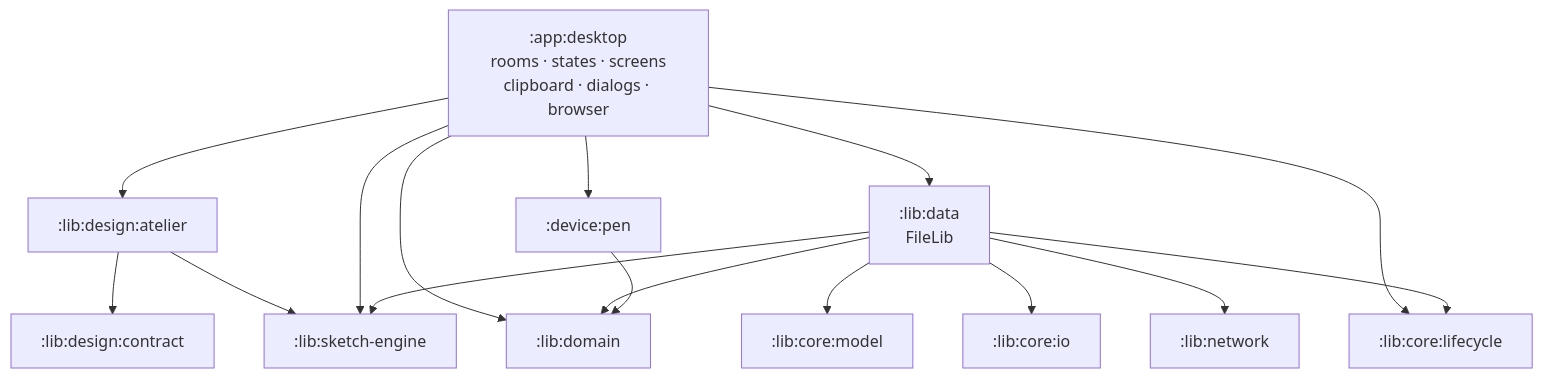
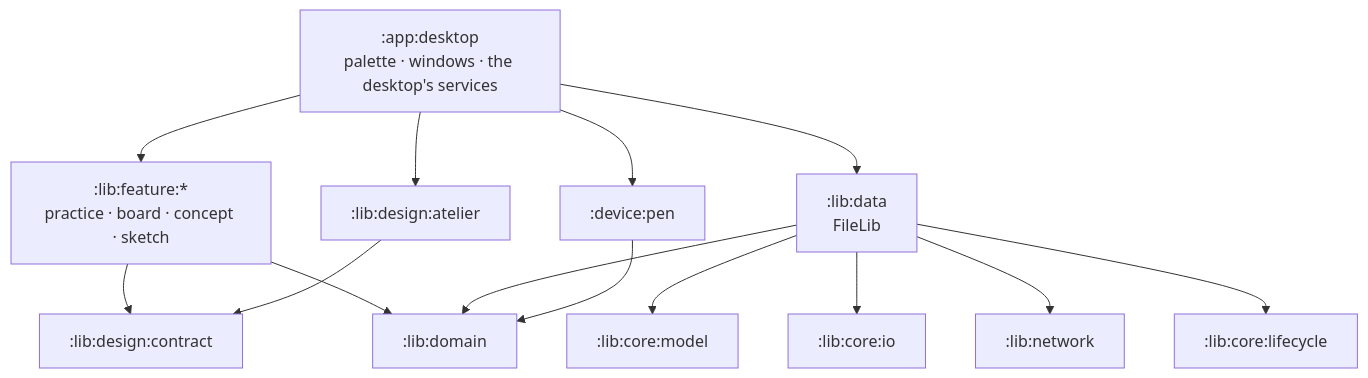
Before and after one commit to cwellm/ActionDraw: the second of 2 diagrams in docs/Architecture.md, drawn with Mermaid. The commit also changed other lines of this file and 95 other files, not shown here.

````diff
--- a/docs/Architecture.md
+++ b/docs/Architecture.md
@@ -145,19 +147,17 @@
 ```mermaid
 flowchart TB
-  desktop[":app:desktop<br/>rooms · states · screens<br/>clipboard · dialogs · browser"]
+  desktop[":app:desktop<br/>palette · windows · the desktop's services"]
+  desktop --> features[":lib:feature:*<br/>practice · board · concept · sketch"]
   desktop --> atelier[":lib:design:atelier"]
-  atelier --> contract[":lib:design:contract"]
-  atelier --> engine
   desktop --> data[":lib:data<br/>FileLib"]
-  desktop --> domain[":lib:domain"]
-  desktop --> lifecycle[":lib:core:lifecycle"]
-  desktop --> engine[":lib:sketch-engine"]
   desktop --> pen[":device:pen"]
+  features --> contract[":lib:design:contract"]
+  features --> domain[":lib:domain"]
+  atelier --> contract
   data --> domain
   data --> model[":lib:core:model"]
   data --> io[":lib:core:io"]
   data --> network[":lib:network"]
-  data --> lifecycle
-  data --> engine
+  data --> lifecycle[":lib:core:lifecycle"]
   pen --> domain
 ```
````
